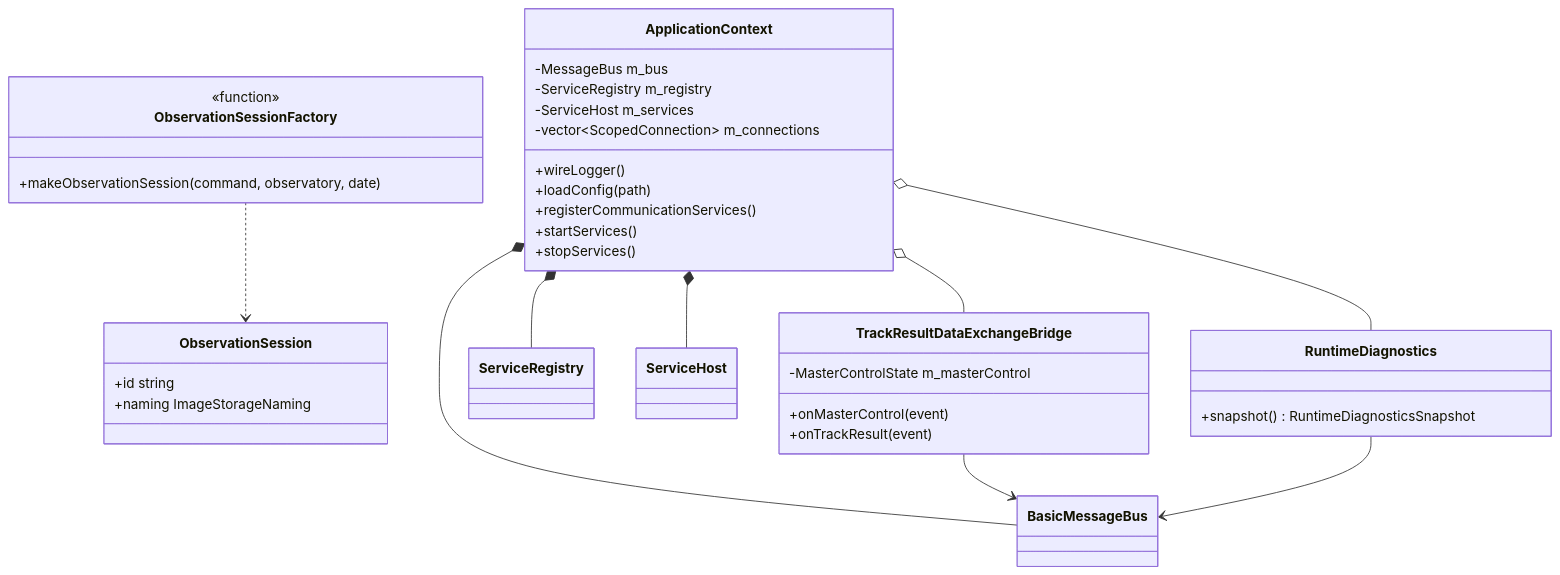
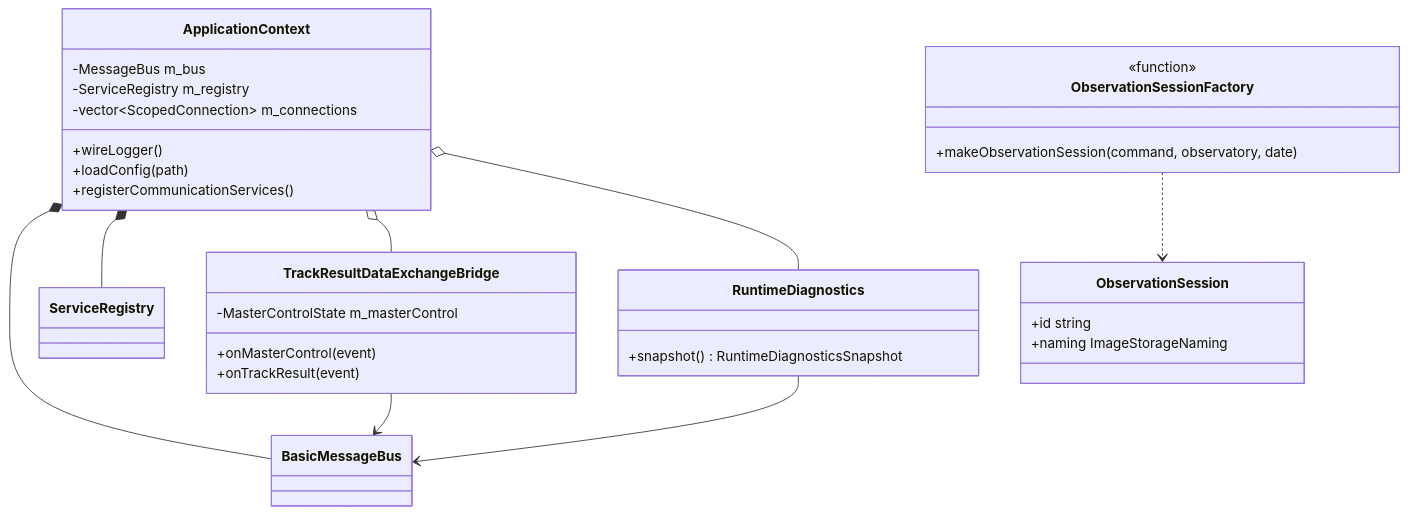
The second of 6 diagrams in docs/module-app.md (with-fair-wind/1mZGG), drawn with Mermaid before and after one commit. The commit also changed other lines of this file and 61 other files, not shown here.

````diff
--- a/docs/module-app.md
+++ b/docs/module-app.md
@@ -125,42 +121,37 @@
 ```mermaid
 classDiagram
     class ApplicationContext {
         -MessageBus m_bus
         -ServiceRegistry m_registry
-        -ServiceHost m_services
         -vector~ScopedConnection~ m_connections
         +wireLogger()
         +loadConfig(path)
         +registerCommunicationServices()
-        +startServices()
-        +stopServices()
     }
     class TrackResultDataExchangeBridge {
         -MasterControlState m_masterControl
         +onMasterControl(event)
         +onTrackResult(event)
     }
     class RuntimeDiagnostics {
         +snapshot() RuntimeDiagnosticsSnapshot
     }
     class ObservationSession {
         +id string
         +naming ImageStorageNaming
     }
     class ObservationSessionFactory {
         <<function>>
         +makeObservationSession(command, observatory, date)
     }
     class ServiceRegistry
-    class ServiceHost
     class BasicMessageBus
 
     ApplicationContext *-- BasicMessageBus
     ApplicationContext *-- ServiceRegistry
-    ApplicationContext *-- ServiceHost
     ApplicationContext o-- TrackResultDataExchangeBridge
     ApplicationContext o-- RuntimeDiagnostics
     TrackResultDataExchangeBridge --> BasicMessageBus
     RuntimeDiagnostics --> BasicMessageBus
     ObservationSessionFactory ..> ObservationSession
 ```
````
